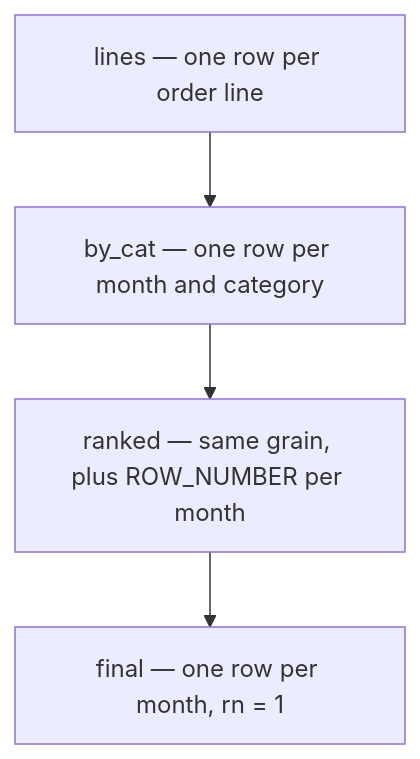
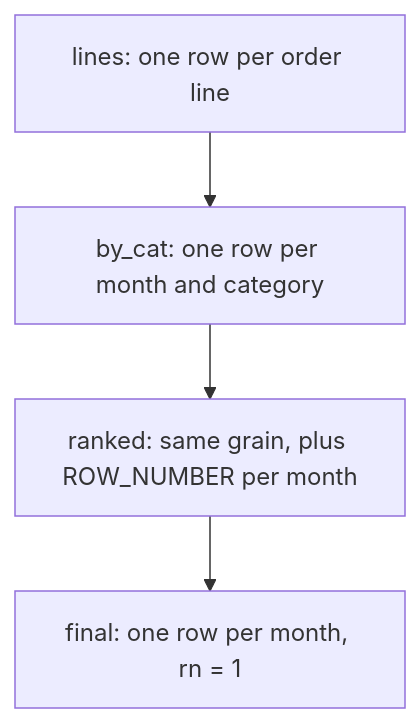
One commit to theakhandpatel/querycraft changed the diagram in web/src/data/content/m8.md. Above: the diagram before and after it, drawn with Mermaid. The commit also changed other lines of this file and 343 other files, not shown here.

````diff
--- a/web/src/data/content/m8.md
+++ b/web/src/data/content/m8.md
@@ -19,10 +19,10 @@
 ```mermaid
 flowchart TD
-    L["lines — one row per order line"]
-    B["by_cat — one row per month and category"]
-    R["ranked — same grain, plus ROW_NUMBER per month"]
-    F["final — one row per month, rn = 1"]
+    L["lines: one row per order line"]
+    B["by_cat: one row per month and category"]
+    R["ranked: same grain, plus ROW_NUMBER per month"]
+    F["final: one row per month, rn = 1"]
     L --> B
     B --> R
     R --> F
 ```
````
